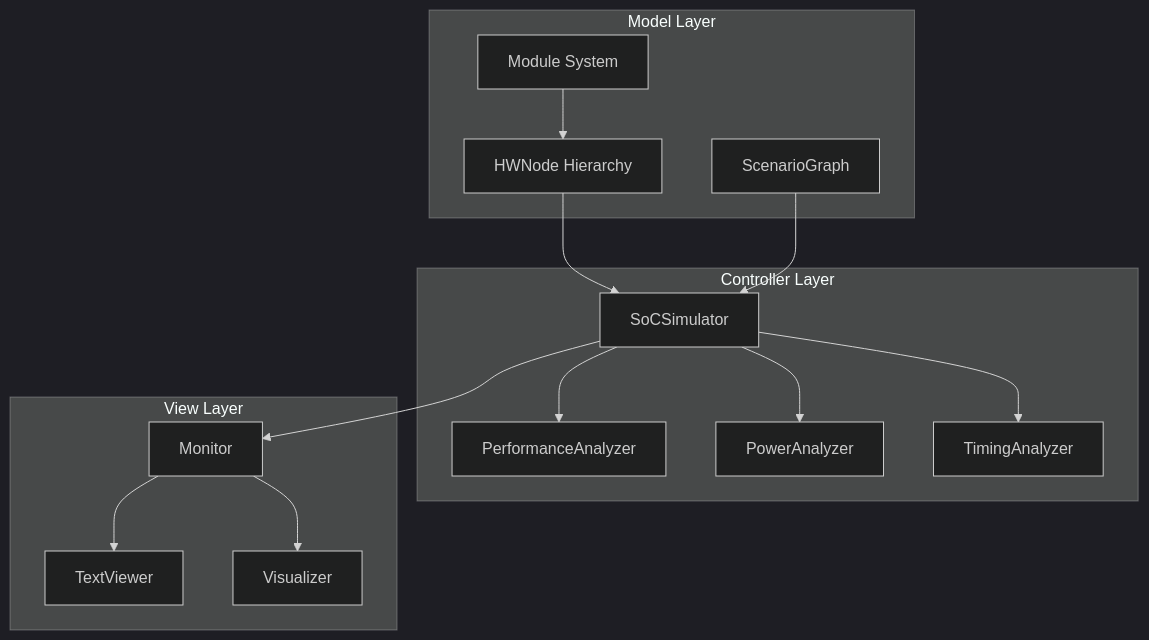
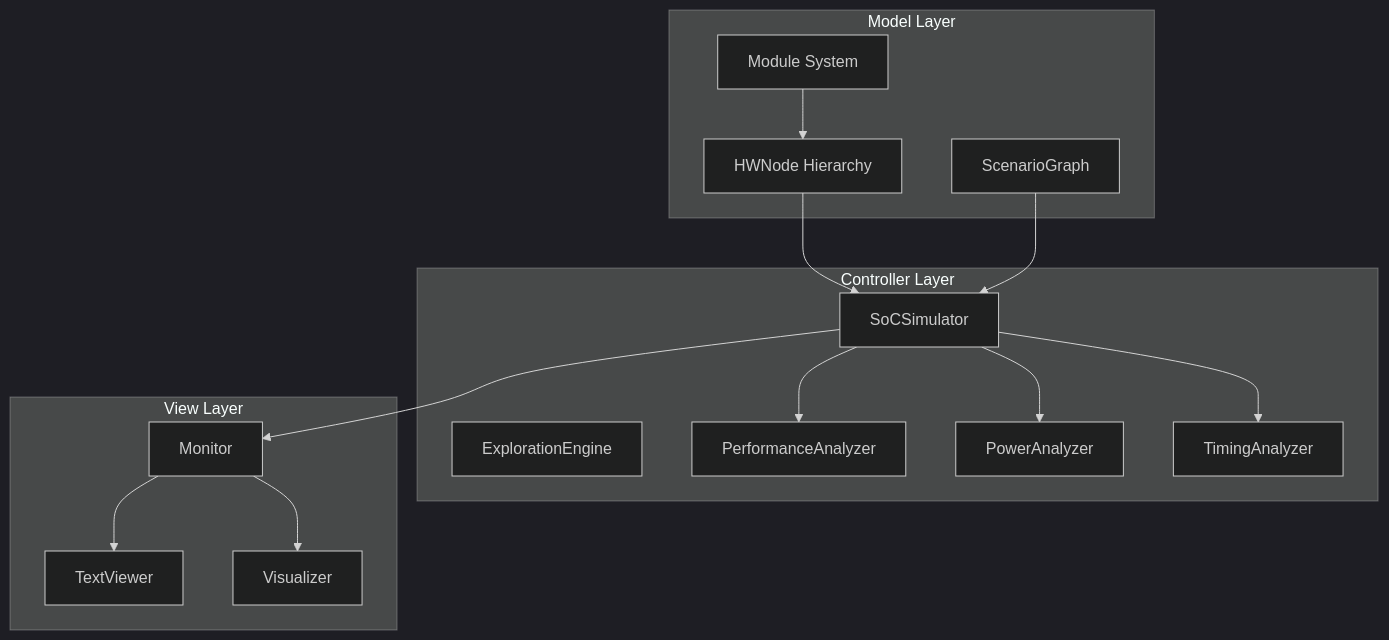
One commit to younghwan78/IP_Scenario_Simulator changed the first of 10 diagrams in DESIGN.md. Above: the diagram before and after it, drawn with Mermaid (dark theme). The commit also changed other lines of this file and 6 other files, not shown here.

First line of the commit message:
feat: add Architecture Exploration engine with enhanced reports

````diff
--- a/DESIGN.md
+++ b/DESIGN.md
@@ -48,31 +48,32 @@
 ```mermaid
 flowchart TB
     subgraph Model["Model Layer"]
         HW[HWNode Hierarchy]
         MOD[Module System]
         SC[ScenarioGraph]
     end
 
     subgraph Controller["Controller Layer"]
         SIM[SoCSimulator]
+        EXP[ExplorationEngine]
         PERF[PerformanceAnalyzer]
         PWR[PowerAnalyzer]
         TIM[TimingAnalyzer]
     end
 
     subgraph View["View Layer"]
         TXT[TextViewer]
         MON[Monitor]
         VIZ[Visualizer]
     end
 
     HW --> SIM
     MOD --> HW
     SC --> SIM
     SIM --> PERF
     SIM --> PWR
     SIM --> TIM
     SIM --> MON
     MON --> VIZ
     MON --> TXT
 ```
````
